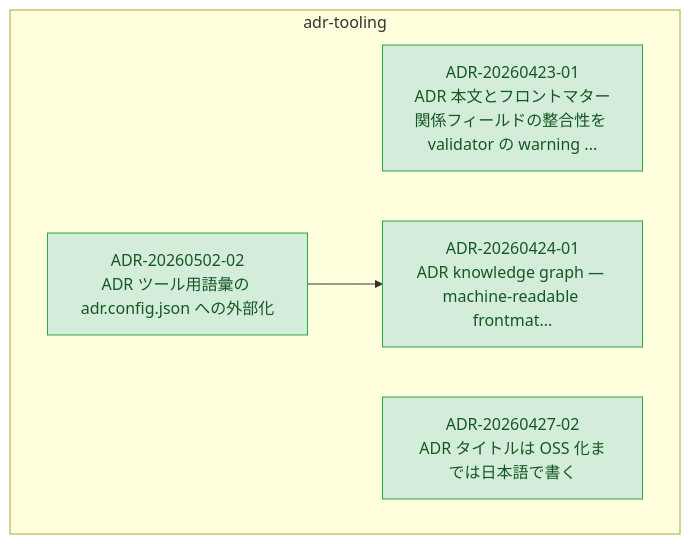
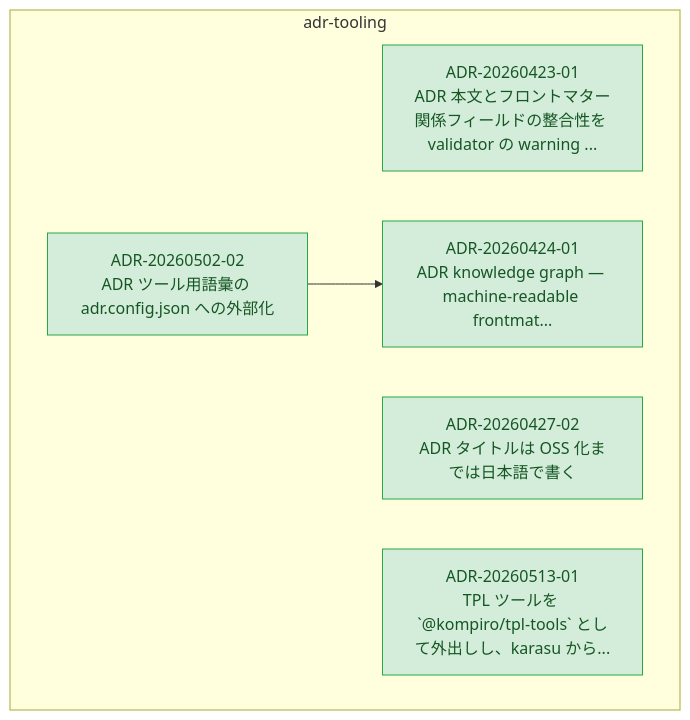
Before and after one commit to kompiro/karasu: the diagram in docs/adr/graph/adr-tooling.md, drawn with Mermaid. The commit also changed other lines of this file and 5 other files, not shown here.

First line of the commit message:
docs(adr): promote tpl-tools extraction design to ADR-20260513-01

````diff
--- a/docs/adr/graph/adr-tooling.md
+++ b/docs/adr/graph/adr-tooling.md
@@ -6,21 +6,23 @@
 ```mermaid
 flowchart TD
   subgraph adr-tooling["adr-tooling"]
     ADR_20260423_01["ADR-20260423-01<br/>ADR 本文とフロントマター関係フィールドの整合性を validator の warning ..."]
     ADR_20260424_01["ADR-20260424-01<br/>ADR knowledge graph — machine-readable frontmat..."]
     ADR_20260427_02["ADR-20260427-02<br/>ADR タイトルは OSS 化までは日本語で書く"]
     ADR_20260502_02["ADR-20260502-02<br/>ADR ツール用語彙の adr.config.json への外部化"]
+    ADR_20260513_01["ADR-20260513-01<br/>TPL ツールを `@kompiro/tpl-tools` として外出しし、karasu から..."]
   end
   ADR_20260502_02 --> ADR_20260424_01
 
   classDef accepted fill:#d4edda,stroke:#28a745,color:#155724
   classDef proposed fill:#fff3cd,stroke:#ffc107,color:#856404
   classDef deprecated fill:#f8d7da,stroke:#dc3545,color:#721c24
   classDef superseded fill:#e2e3e5,stroke:#6c757d,color:#383d41
   classDef not_adopted fill:#e2e3e5,stroke:#6c757d,color:#383d41,stroke-dasharray:3 3
   classDef ghost fill:#f5f5f5,stroke:#adb5bd,color:#6c757d,stroke-dasharray:2 2
   class ADR_20260423_01 accepted
   class ADR_20260424_01 accepted
   class ADR_20260427_02 accepted
   class ADR_20260502_02 accepted
+  class ADR_20260513_01 accepted
 ```
````
